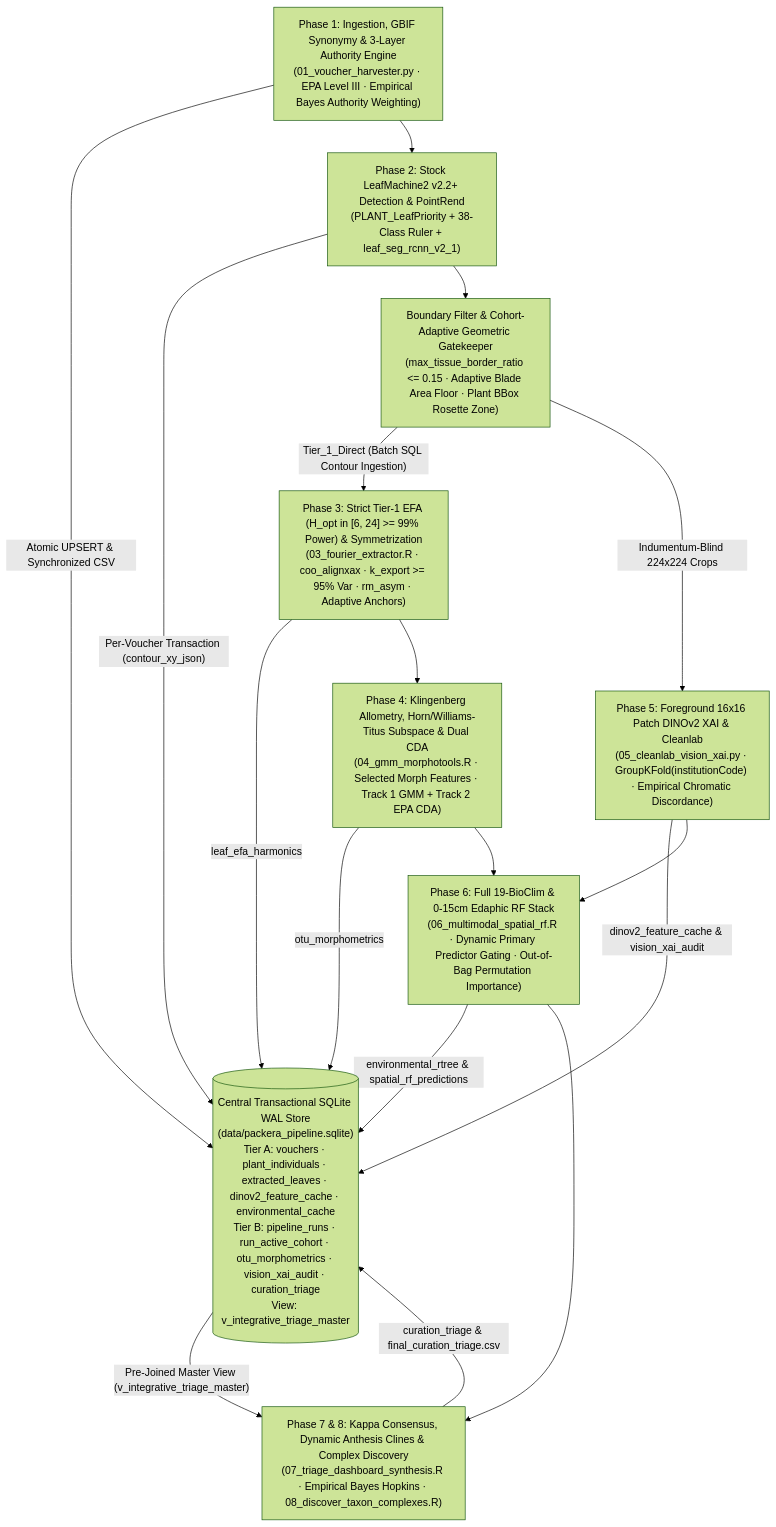
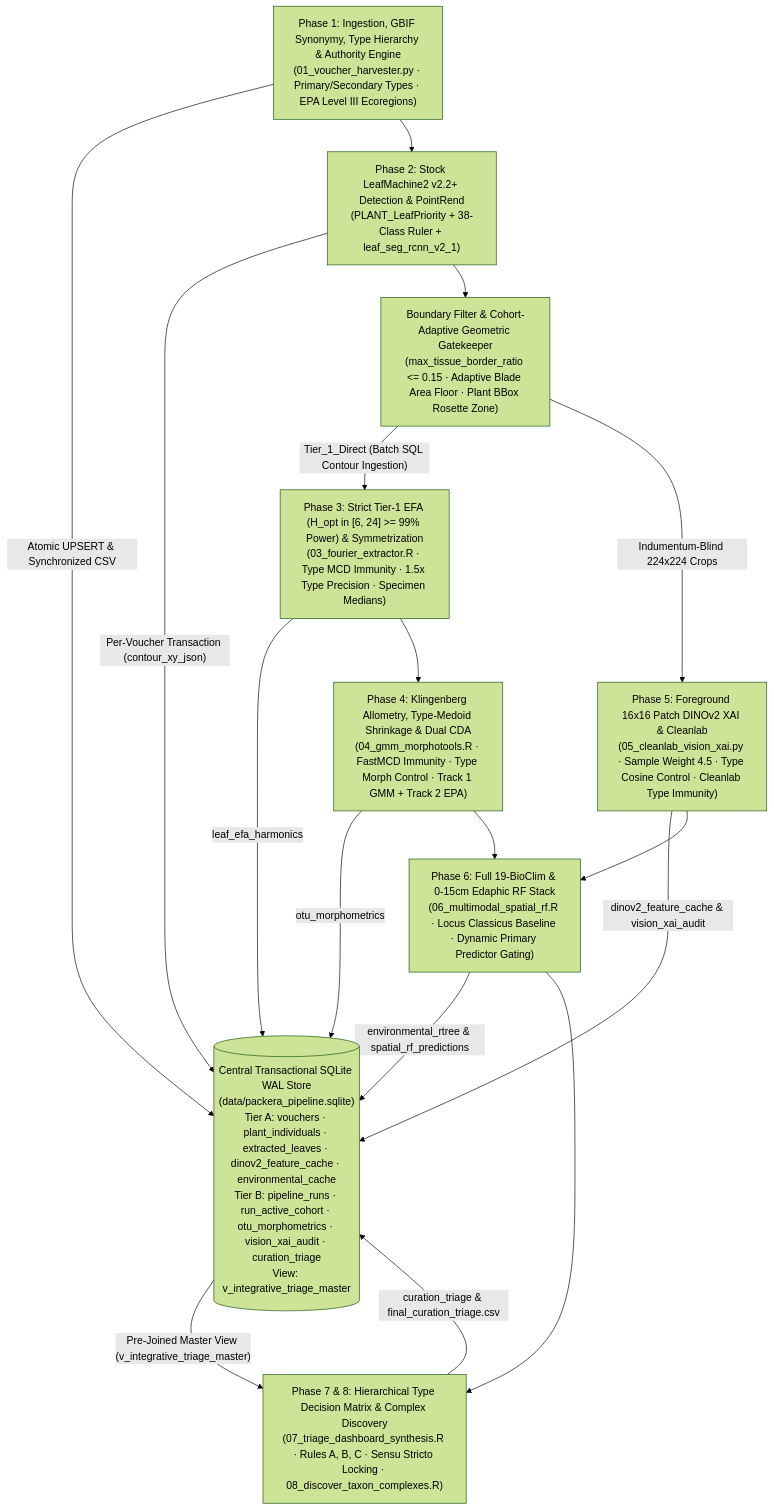
Before and after one commit to Plantatsrophe/Packera_dubia_morphometrics: the diagram in README.md, drawn with Mermaid (forest theme). The commit also changed other lines of this file and 10 other files, not shown here.

````diff
--- a/README.md
+++ b/README.md
@@ -91,20 +95,20 @@
 ```mermaid
 flowchart TD
     DB[("Central Transactional SQLite WAL Store\n(data/packera_pipeline.sqlite)\nTier A: vouchers · plant_individuals · extracted_leaves · dinov2_feature_cache · environmental_cache\nTier B: pipeline_runs · run_active_cohort · otu_morphometrics · vision_xai_audit · curation_triage\nView: v_integrative_triage_master")]
 
-    B1["Phase 1: Ingestion, GBIF Synonymy & 3-Layer Authority Engine\n(01_voucher_harvester.py · EPA Level III · Empirical Bayes Authority Weighting)"] -->|"Atomic UPSERT & Synchronized CSV"| DB
+    B1["Phase 1: Ingestion, GBIF Synonymy, Type Hierarchy & Authority Engine\n(01_voucher_harvester.py · Primary/Secondary Types · EPA Level III Ecoregions)"] -->|"Atomic UPSERT & Synchronized CSV"| DB
     B1 --> B2["Phase 2: Stock LeafMachine2 v2.2+ Detection & PointRend\n(PLANT_LeafPriority + 38-Class Ruler + leaf_seg_rcnn_v2_1)"]
     B2 -->|"Per-Voucher Transaction (contour_xy_json)"| DB
     B2 --> B3["Boundary Filter & Cohort-Adaptive Geometric Gatekeeper\n(max_tissue_border_ratio <= 0.15 · Adaptive Blade Area Floor · Plant BBox Rosette Zone)"]
-    B3 -->|"Tier_1_Direct (Batch SQL Contour Ingestion)"| B4["Phase 3: Strict Tier-1 EFA (H_opt in [6, 24] >= 99% Power) & Symmetrization\n(03_fourier_extractor.R · coo_alignxax · k_export >= 95% Var · rm_asym · Adaptive Anchors)"]
+    B3 -->|"Tier_1_Direct (Batch SQL Contour Ingestion)"| B4["Phase 3: Strict Tier-1 EFA (H_opt in [6, 24] >= 99% Power) & Symmetrization\n(03_fourier_extractor.R · Type MCD Immunity · 1.5x Type Precision · Specimen Medians)"]
     B4 -->|"leaf_efa_harmonics"| DB
-    B4 --> B5["Phase 4: Klingenberg Allometry, Horn/Williams-Titus Subspace & Dual CDA\n(04_gmm_morphotools.R · Selected Morph Features · Track 1 GMM + Track 2 EPA CDA)"]
+    B4 --> B5["Phase 4: Klingenberg Allometry, Type-Medoid Shrinkage & Dual CDA\n(04_gmm_morphotools.R · FastMCD Immunity · Type Morph Control · Track 1 GMM + Track 2 EPA)"]
     B5 -->|"otu_morphometrics"| DB
-    B3 -->|"Indumentum-Blind 224x224 Crops"| B6["Phase 5: Foreground 16x16 Patch DINOv2 XAI & Cleanlab\n(05_cleanlab_vision_xai.py · GroupKFold(institutionCode) · Empirical Chromatic Discordance)"]
+    B3 -->|"Indumentum-Blind 224x224 Crops"| B6["Phase 5: Foreground 16x16 Patch DINOv2 XAI & Cleanlab\n(05_cleanlab_vision_xai.py · Sample Weight 4.5 · Type Cosine Control · Cleanlab Type Immunity)"]
     B6 -->|"dinov2_feature_cache & vision_xai_audit"| DB
-    B5 & B6 --> B7["Phase 6: Full 19-BioClim & 0-15cm Edaphic RF Stack\n(06_multimodal_spatial_rf.R · Dynamic Primary Predictor Gating · Out-of-Bag Permutation Importance)"]
+    B5 & B6 --> B7["Phase 6: Full 19-BioClim & 0-15cm Edaphic RF Stack\n(06_multimodal_spatial_rf.R · Locus Classicus Baseline · Dynamic Primary Predictor Gating)"]
     B7 -->|"environmental_rtree & spatial_rf_predictions"| DB
-    B7 --> B8["Phase 7 & 8: Kappa Consensus, Dynamic Anthesis Clines & Complex Discovery\n(07_triage_dashboard_synthesis.R · Empirical Bayes Hopkins · 08_discover_taxon_complexes.R)"]
+    B7 --> B8["Phase 7 & 8: Hierarchical Type Decision Matrix & Complex Discovery\n(07_triage_dashboard_synthesis.R · Rules A, B, C · Sensu Stricto Locking · 08_discover_taxon_complexes.R)"]
     DB -->|"Pre-Joined Master View (v_integrative_triage_master)"| B8
     B8 -->|"curation_triage & final_curation_triage.csv"| DB
 ```
````
